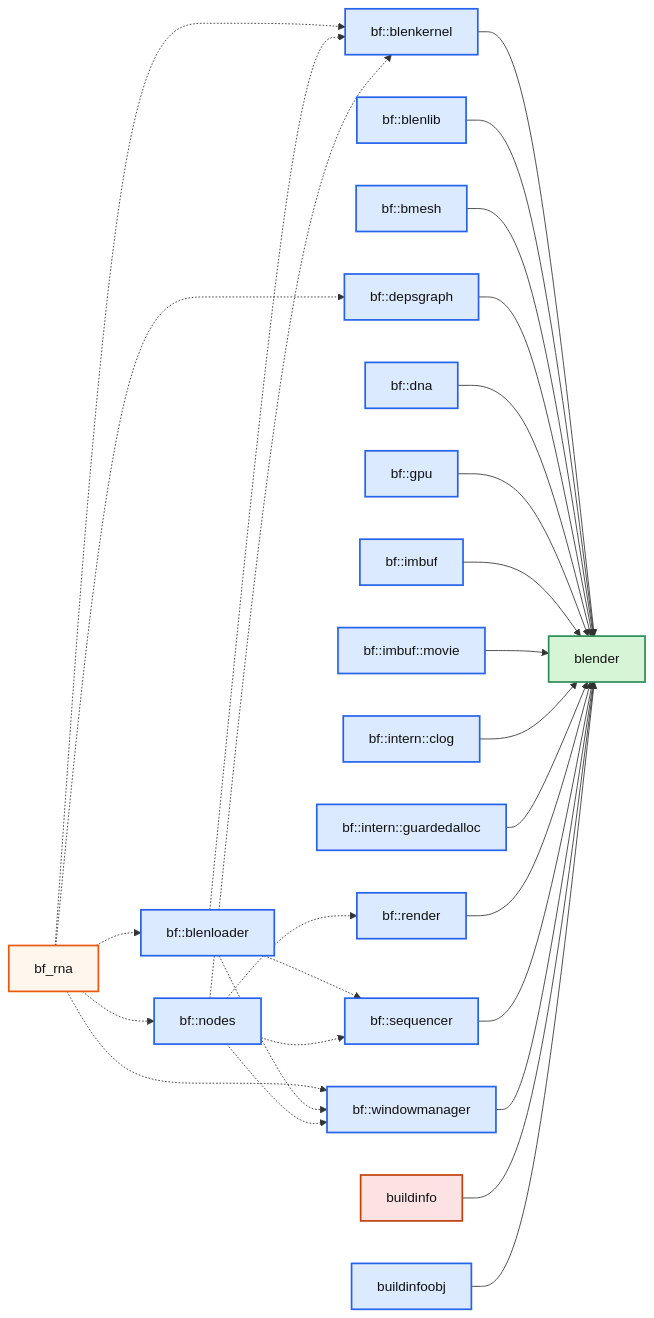
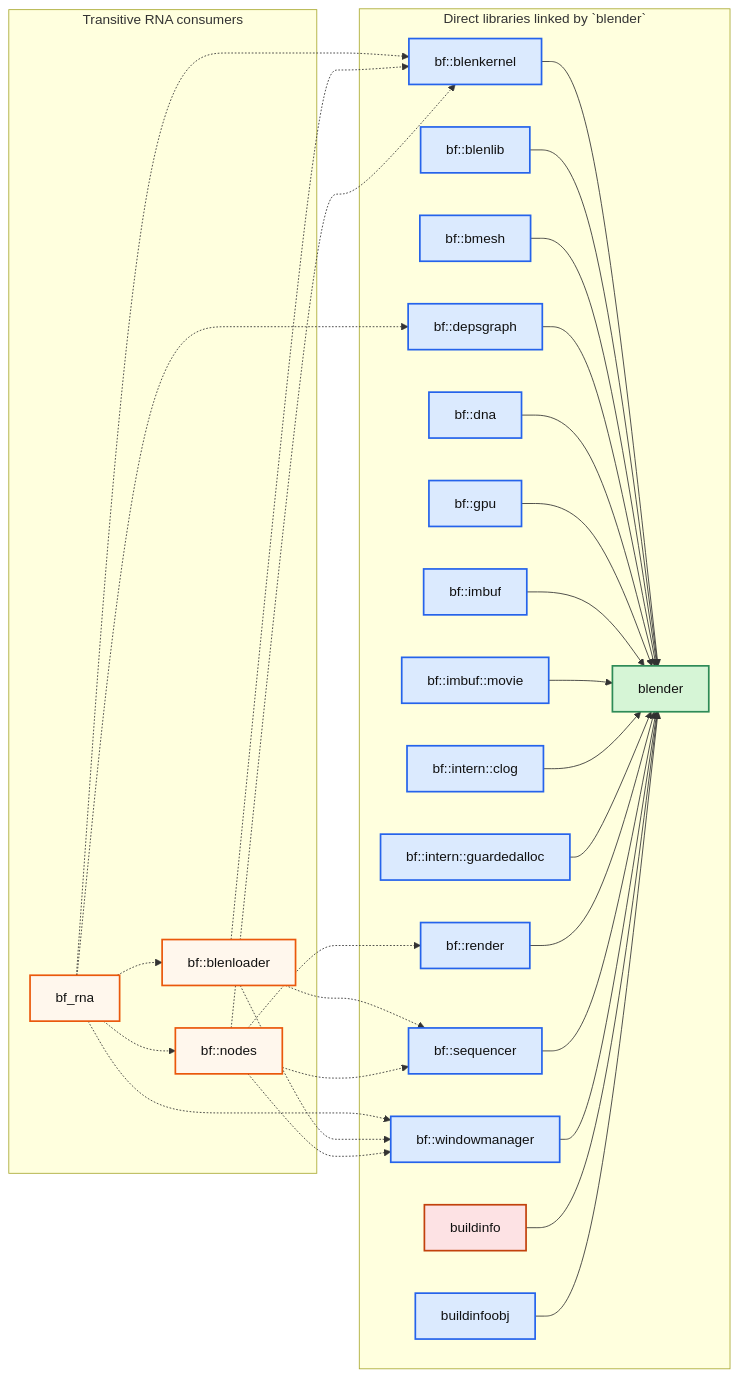
Before and after one commit to euclid-skyline/Blender_Internals_Notes: the second of 3 diagrams in Blender_App_Project.md, drawn with Mermaid.

Commit message:
docs: enhance dependency diagram for `blender` target by organizing libraries into direct and transitive groups in Blender_App_Project.md

````diff
--- a/Blender_App_Project.md
+++ b/Blender_App_Project.md
@@ -202,44 +202,50 @@
 ```mermaid
 flowchart LR
-  A[bf::blenkernel] --> Z[blender]
-  B[bf::blenlib] --> Z
-  C[bf::bmesh] --> Z
-  D[bf::depsgraph] --> Z
-  E[bf::dna] --> Z
-  F[bf::gpu] --> Z
-  G[bf::imbuf] --> Z
-  H[bf::imbuf::movie] --> Z
-  I[bf::intern::clog] --> Z
-  J[bf::intern::guardedalloc] --> Z
-  K[bf::render] --> Z
-  L[bf::sequencer] --> Z
-  M[bf::windowmanager] --> Z
-  N[buildinfo] --> Z
-  O[buildinfoobj] --> Z
-  P[bf::blenloader]
-  Q[bf::nodes]
-  R[bf_rna]
+  subgraph DIRECT[Direct libraries linked by `blender`]
+    A[bf::blenkernel] --> Z[blender]
+    B[bf::blenlib] --> Z
+    C[bf::bmesh] --> Z
+    D[bf::depsgraph] --> Z
+    E[bf::dna] --> Z
+    F[bf::gpu] --> Z
+    G[bf::imbuf] --> Z
+    H[bf::imbuf::movie] --> Z
+    I[bf::intern::clog] --> Z
+    J[bf::intern::guardedalloc] --> Z
+    K[bf::render] --> Z
+    L[bf::sequencer] --> Z
+    M[bf::windowmanager] --> Z
+    N[buildinfo] --> Z
+    O[buildinfoobj] --> Z
+  end
+
+  subgraph TRANSITIVE[Transitive RNA consumers]
+    P[bf::blenloader]
+    Q[bf::nodes]
+    R[bf_rna]
+  end
 
   R -.-> A
   R -.-> D
   R -.-> M
   R -.-> P
   R -.-> Q
   P -.-> A
   P -.-> L
   P -.-> M
   Q -.-> A
   Q -.-> K
   Q -.-> L
   Q -.-> M
 
   classDef executable fill:#d6f5d6,stroke:#2e8b57,stroke-width:2px,color:#111;
   classDef library fill:#dbeafe,stroke:#2563eb,stroke-width:2px,color:#111;
   classDef custom fill:#fde2e4,stroke:#c2410c,stroke-width:2px,color:#111;
+  classDef transitive fill:#fff7ed,stroke:#ea580c,stroke-width:2px,color:#111;
 
   class Z executable;
   class A,B,C,D,E,F,G,H,I,J,K,L,M,O library;
   class N custom;
-  class P,Q library;
-  style R fill:#fff7ed,stroke:#ea580c,stroke-width:2px,color:#111;
+  class P,Q transitive;
+  class R transitive;
 ```
````
